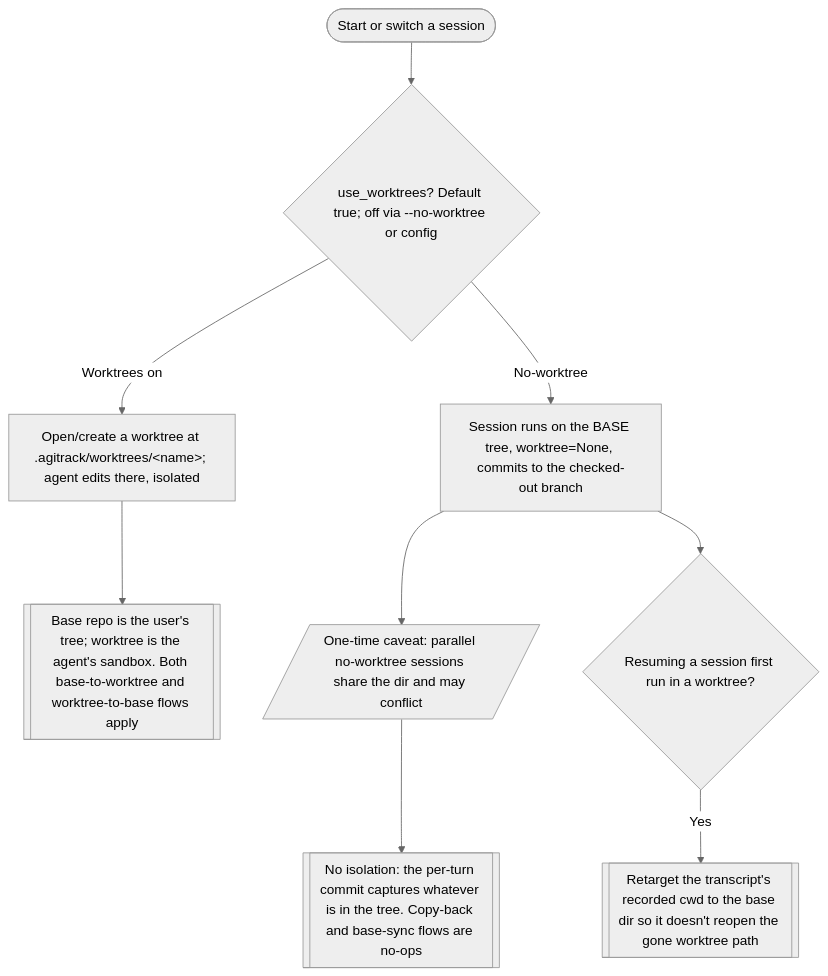
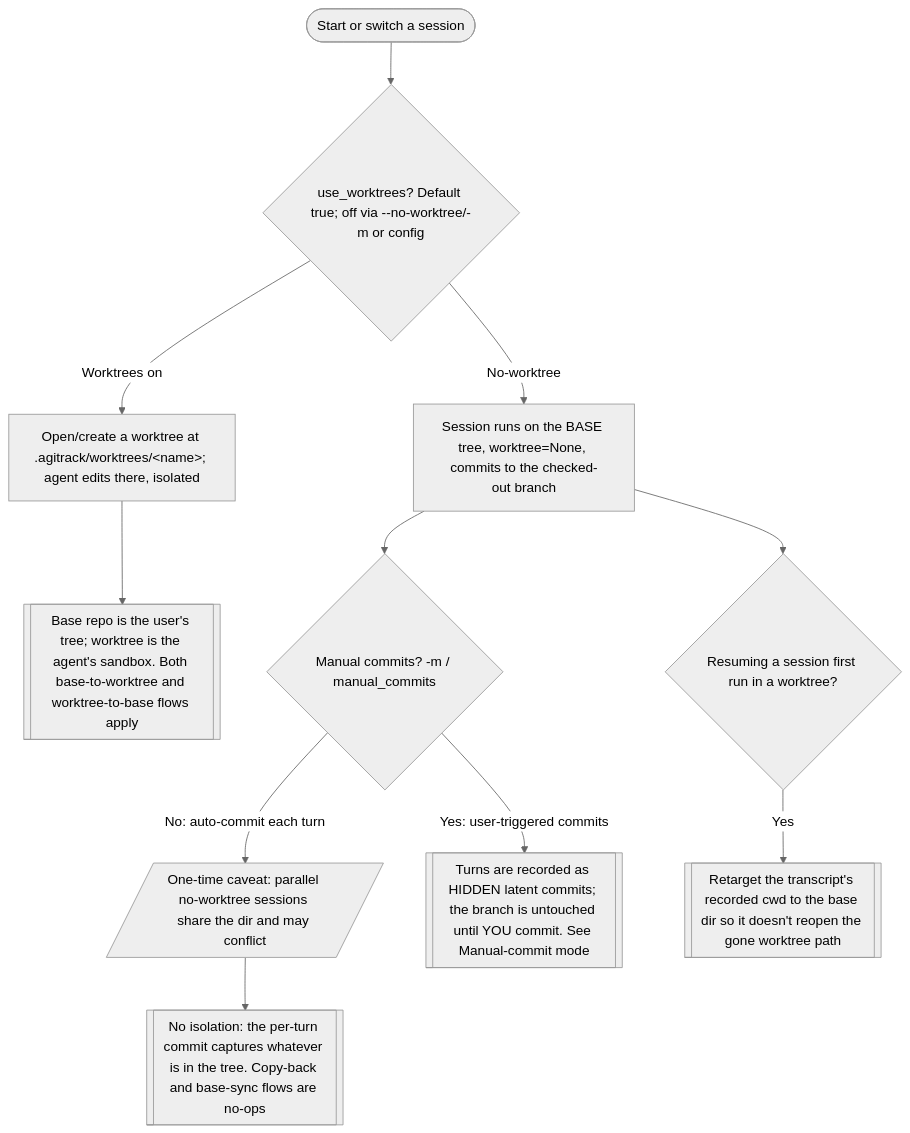
The fourth of 16 diagrams in docs/user-flow.md (core-aix/agitrack), drawn with Mermaid (neutral theme) before and after one commit. The commit also changed other lines of this file and 6 other files, not shown here.

````diff
--- a/docs/user-flow.md
+++ b/docs/user-flow.md
@@ -123,12 +130,14 @@
 ```mermaid
 flowchart TD
-  s(["Start or switch a session"]) --> mode{"use_worktrees? Default true; off via --no-worktree or config"}
+  s(["Start or switch a session"]) --> mode{"use_worktrees? Default true; off via --no-worktree/-m or config"}
   mode -->|Worktrees on| wt["Open/create a worktree at .agitrack/worktrees/&lt;name&gt;; agent edits there, isolated"]
   wt --> wtnote[["Base repo is the user's tree; worktree is the agent's sandbox. Both base-to-worktree and worktree-to-base flows apply"]]
   mode -->|No-worktree| base["Session runs on the BASE tree, worktree=None, commits to the checked-out branch"]
-  base --> warn[/"One-time caveat: parallel no-worktree sessions share the dir and may conflict"/]
+  base --> mc{"Manual commits? -m / manual_commits"}
+  mc -->|No: auto-commit each turn| warn[/"One-time caveat: parallel no-worktree sessions share the dir and may conflict"/]
   warn --> basenote[["No isolation: the per-turn commit captures whatever is in the tree. Copy-back and base-sync flows are no-ops"]]
+  mc -->|Yes: user-triggered commits| mannote[["Turns are recorded as HIDDEN latent commits; the branch is untouched until YOU commit. See Manual-commit mode"]]
 
   base --> resume{"Resuming a session first run in a worktree?"}
   resume -->|Yes| retarget[["Retarget the transcript's recorded cwd to the base dir so it doesn't reopen the gone worktree path"]]
 ```
````
